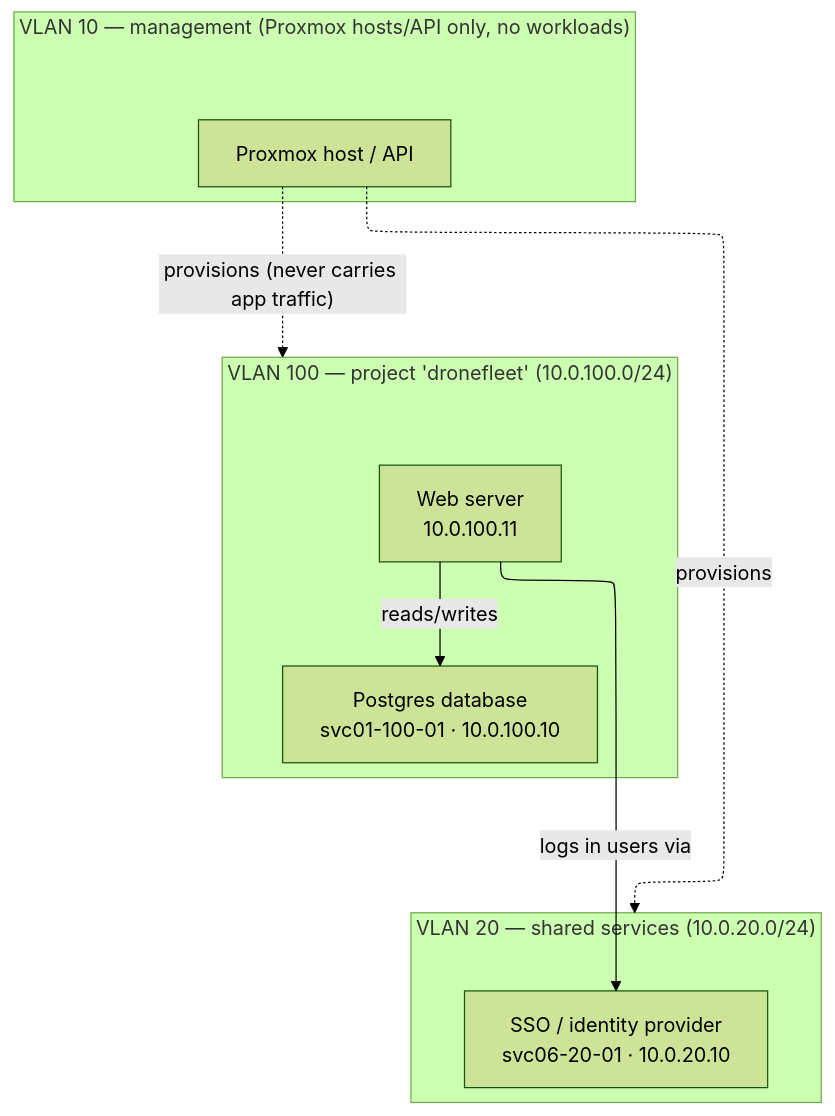
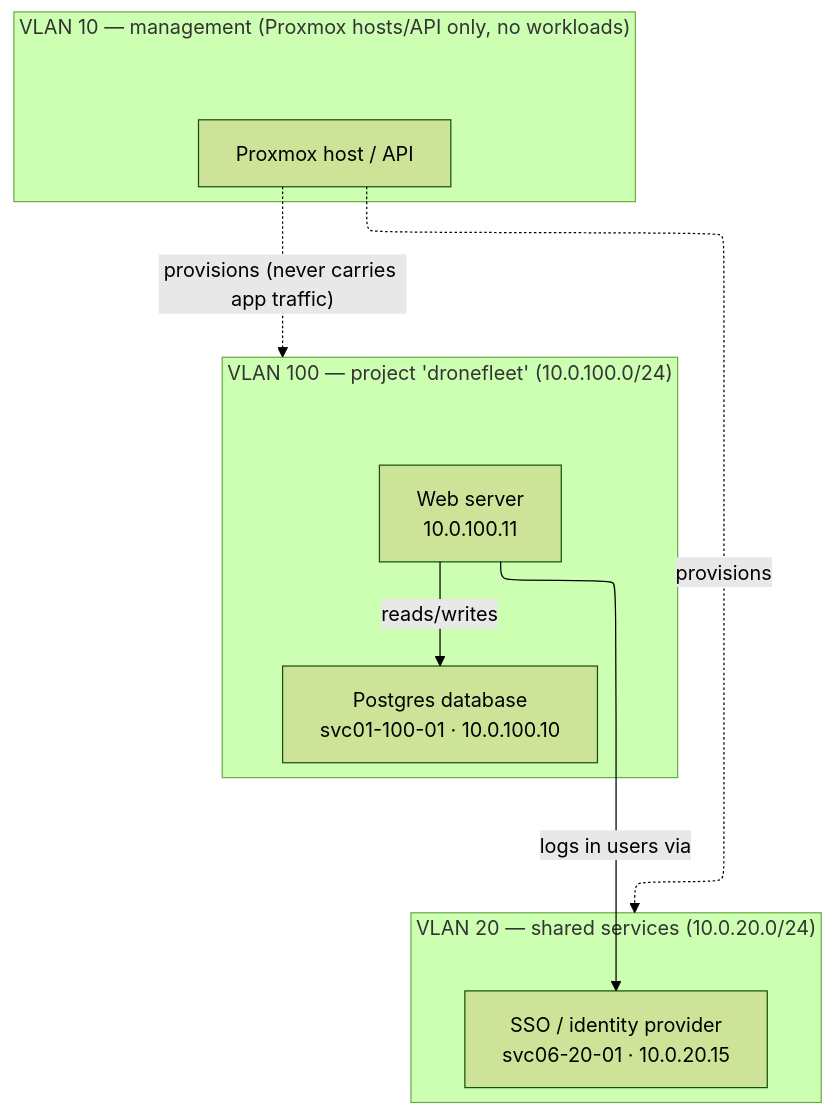
One commit to xenopz-sd/thepudding changed the first of 2 diagrams in docs/README.md. Above: the diagram before and after it, drawn with Mermaid (forest theme). The commit also changed other lines of this file and 163 other files, not shown here.

````diff
--- a/docs/README.md
+++ b/docs/README.md
@@ -376,24 +376,24 @@
 ```mermaid
 ---
 config:
   layout: elk
 ---
 graph TD
     subgraph mgmt["VLAN 10 — management (Proxmox hosts/API only, no workloads)"]
         HOST["Proxmox host / API"]
     end
 
     subgraph shared["VLAN 20 — shared services (10.0.20.0/24)"]
-        SSO["SSO / identity provider<br/>svc06-20-01 · 10.0.20.10"]
+        SSO["SSO / identity provider<br/>svc06-20-01 · 10.0.20.15"]
     end
 
     subgraph proj["VLAN 100 — project 'dronefleet' (10.0.100.0/24)"]
         DB["Postgres database<br/>svc01-100-01 · 10.0.100.10"]
         WEB["Web server<br/>10.0.100.11"]
     end
 
     HOST -.->|"provisions (never carries app traffic)"| proj
     HOST -.->|"provisions"| shared
     WEB -->|"logs in users via"| SSO
     WEB -->|"reads/writes"| DB
 ```
````
